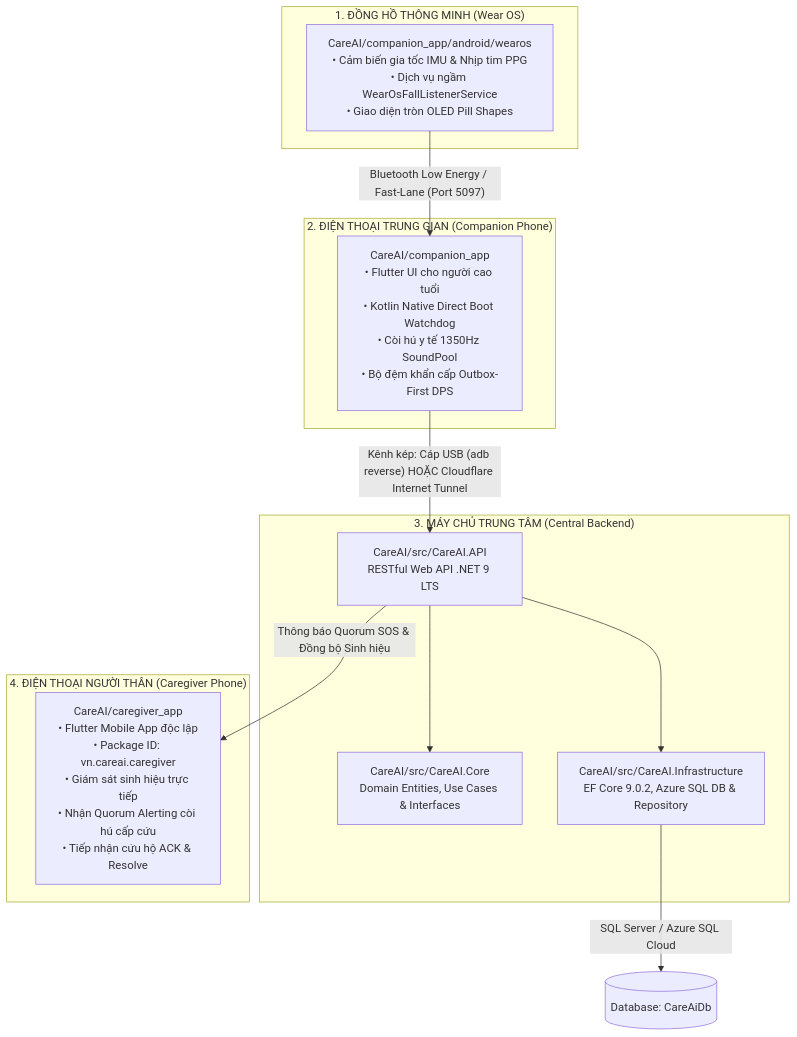
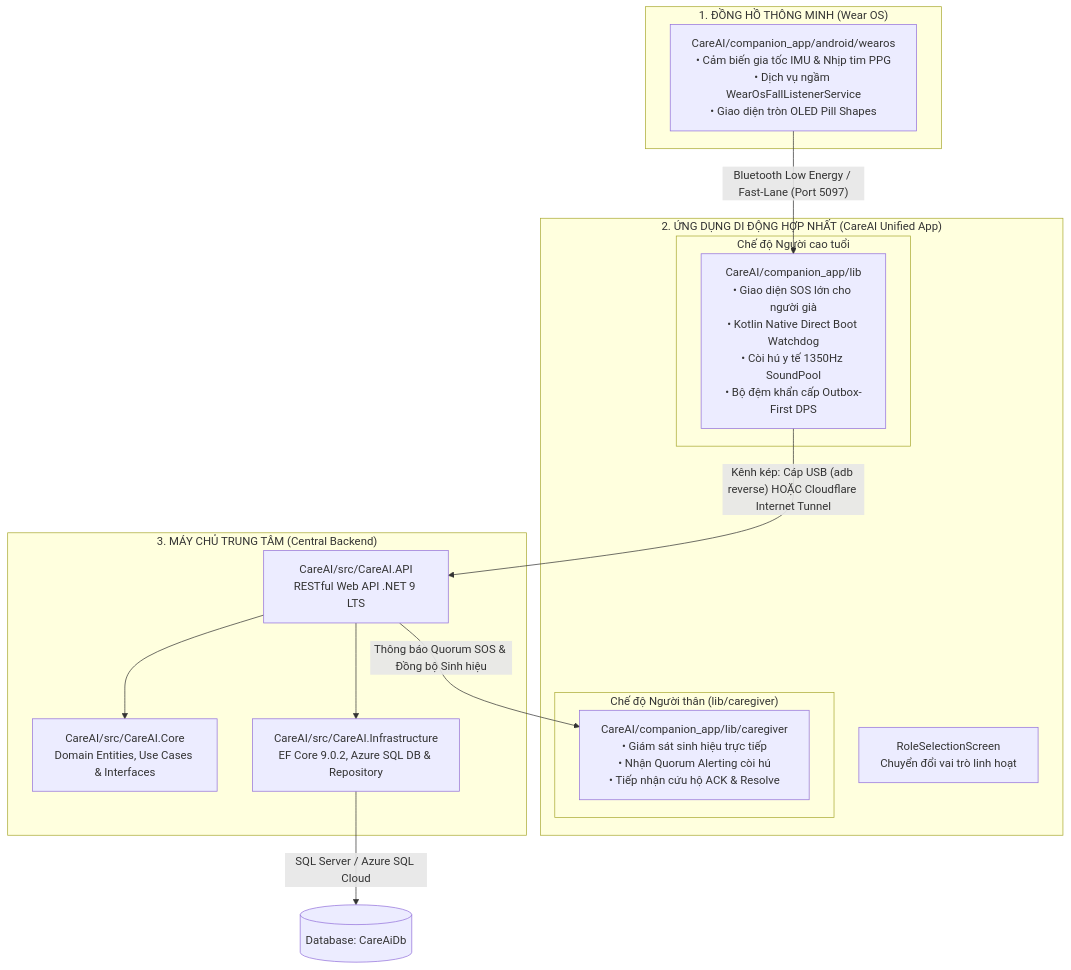
The diagram in HUONG_DAN_CAU_TRUC_THU_MUC_VA_HE_THONG_CAREAI.md (taithptqt/CareAI), drawn with Mermaid before and after one commit. The commit also changed other lines of this file and 6 other files, not shown here.

Commit message:
docs: update documentation, architecture mapping, and setup runbook for unified CareAI app, branding and 4-part plan

````diff
--- a/HUONG_DAN_CAU_TRUC_THU_MUC_VA_HE_THONG_CAREAI.md
+++ b/HUONG_DAN_CAU_TRUC_THU_MUC_VA_HE_THONG_CAREAI.md
@@ -26,27 +25,29 @@
 ```mermaid
 flowchart TD
     subgraph Wearable["1. ĐỒNG HỒ THÔNG MINH (Wear OS)"]
         W[CareAI/companion_app/android/wearos<br>• Cảm biến gia tốc IMU & Nhịp tim PPG<br>• Dịch vụ ngầm WearOsFallListenerService<br>• Giao diện tròn OLED Pill Shapes]
     end
 
-    subgraph Companion["2. ĐIỆN THOẠI TRUNG GIAN (Companion Phone)"]
-        CP[CareAI/companion_app<br>• Flutter UI cho người cao tuổi<br>• Kotlin Native Direct Boot Watchdog<br>• Còi hú y tế 1350Hz SoundPool<br>• Bộ đệm khẩn cấp Outbox-First DPS]
+    subgraph MobileApp["2. ỨNG DỤNG DI ĐỘNG HỢP NHẤT (CareAI Unified App)"]
+        subgraph ElderMode["Chế độ Người cao tuổi"]
+            CP[CareAI/companion_app/lib<br>• Giao diện SOS lớn cho người già<br>• Kotlin Native Direct Boot Watchdog<br>• Còi hú y tế 1350Hz SoundPool<br>• Bộ đệm khẩn cấp Outbox-First DPS]
+        end
+        subgraph CaregiverMode["Chế độ Người thân (lib/caregiver)"]
+            CG[CareAI/companion_app/lib/caregiver<br>• Giám sát sinh hiệu trực tiếp<br>• Nhận Quorum Alerting còi hú<br>• Tiếp nhận cứu hộ ACK & Resolve]
+        end
+        RoleSwitch[RoleSelectionScreen<br>Chuyển đổi vai trò linh hoạt]
     end
 
     subgraph Backend["3. MÁY CHỦ TRUNG TÂM (Central Backend)"]
         API[CareAI/src/CareAI.API<br>RESTful Web API .NET 9 LTS]
         Core[CareAI/src/CareAI.Core<br>Domain Entities, Use Cases & Interfaces]
         Infra[CareAI/src/CareAI.Infrastructure<br>EF Core 9.0.2, Azure SQL DB & Repository]
-    end
-
-    subgraph Caregiver["4. ĐIỆN THOẠI NGƯỜI THÂN (Caregiver Phone)"]
-        CG[CareAI/caregiver_app<br>• Flutter Mobile App độc lập<br>• Package ID: vn.careai.caregiver<br>• Giám sát sinh hiệu trực tiếp<br>• Nhận Quorum Alerting còi hú cấp cứu<br>• Tiếp nhận cứu hộ ACK & Resolve]
     end
 
     W -- "Bluetooth Low Energy / Fast-Lane (Port 5097)" --> CP
     CP -- "Kênh kép: Cáp USB (adb reverse) HOẶC Cloudflare Internet Tunnel" --> API
     API --> Core
     API --> Infra
     Infra -- "SQL Server / Azure SQL Cloud" --> DB[(Database: CareAiDb)]
     API -- "Thông báo Quorum SOS & Đồng bộ Sinh hiệu" --> CG
 ```
````
